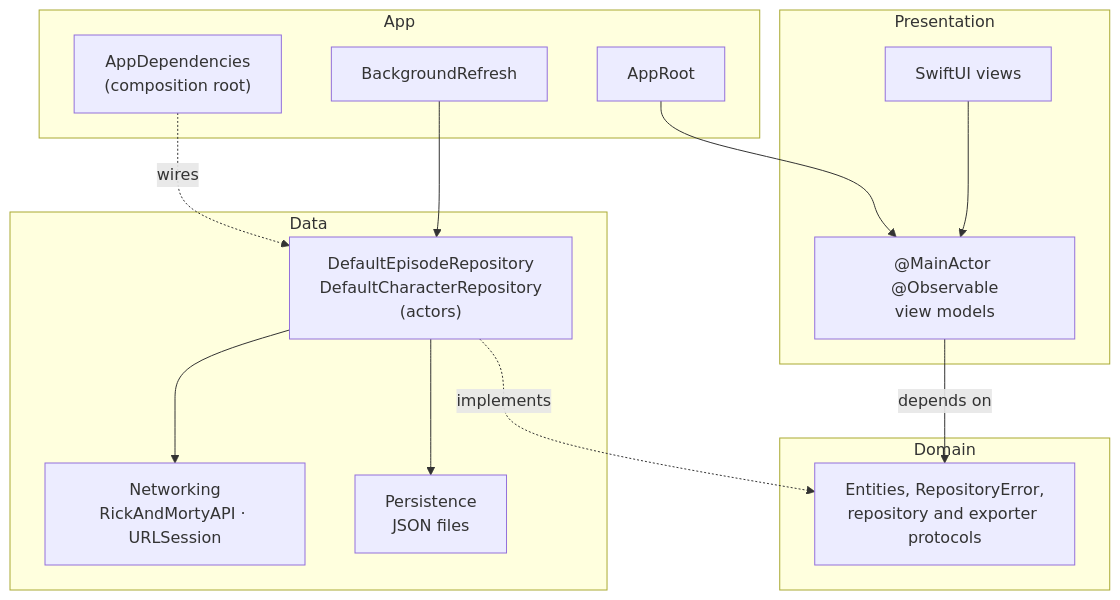
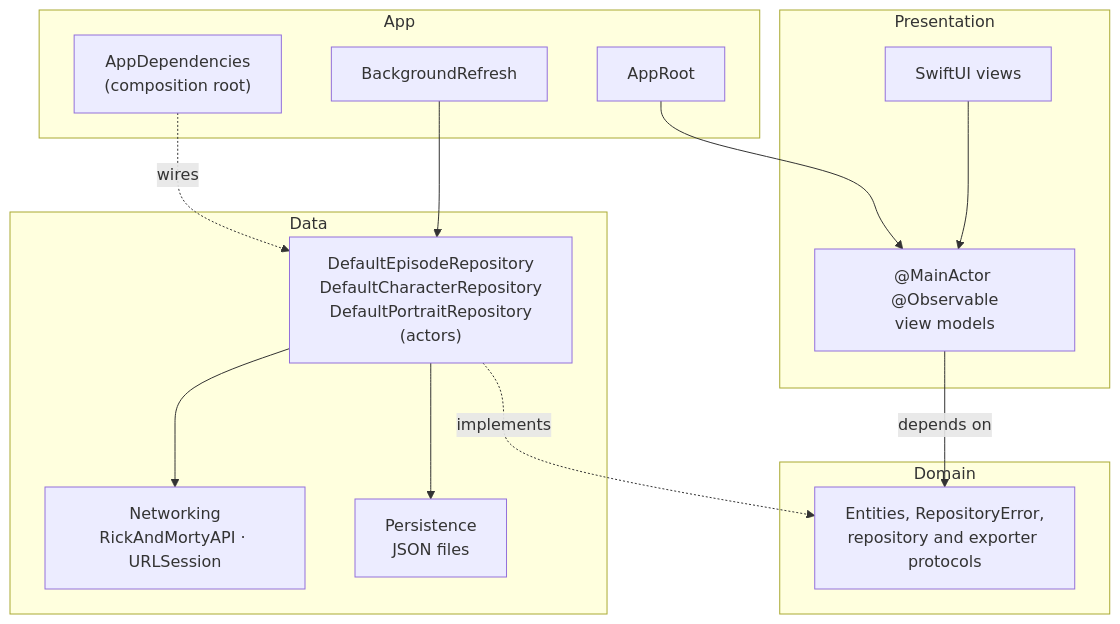
One commit to felixinjapan/rick-and-morty-episodes changed the first of 4 diagrams in docs/architecture.md. Above: the diagram before and after it, drawn with Mermaid. The commit also changed other lines of this file and 15 other files, not shown here.

First line of the commit message:
Split portrait loading out of the character repository

````diff
--- a/docs/architecture.md
+++ b/docs/architecture.md
@@ -5,27 +5,27 @@
 ```mermaid
 flowchart TD
     subgraph App
         Deps["AppDependencies<br/>(composition root)"]
         Root[AppRoot]
         BG[BackgroundRefresh]
     end
     subgraph Presentation
         Views[SwiftUI views] --> VM["@MainActor @Observable<br/>view models"]
     end
     subgraph Domain
         Proto["Entities, RepositoryError,<br/>repository and exporter protocols"]
     end
     subgraph Data
-        Repos["DefaultEpisodeRepository<br/>DefaultCharacterRepository<br/>(actors)"]
+        Repos["DefaultEpisodeRepository<br/>DefaultCharacterRepository<br/>DefaultPortraitRepository<br/>(actors)"]
         Net["Networking<br/>RickAndMortyAPI · URLSession"]
         Store["Persistence<br/>JSON files"]
     end
 
     Root --> VM
     VM -->|depends on| Proto
     Repos -.->|implements| Proto
     Repos --> Net
     Repos --> Store
     BG --> Repos
     Deps -.->|wires| Repos
 ```
````
